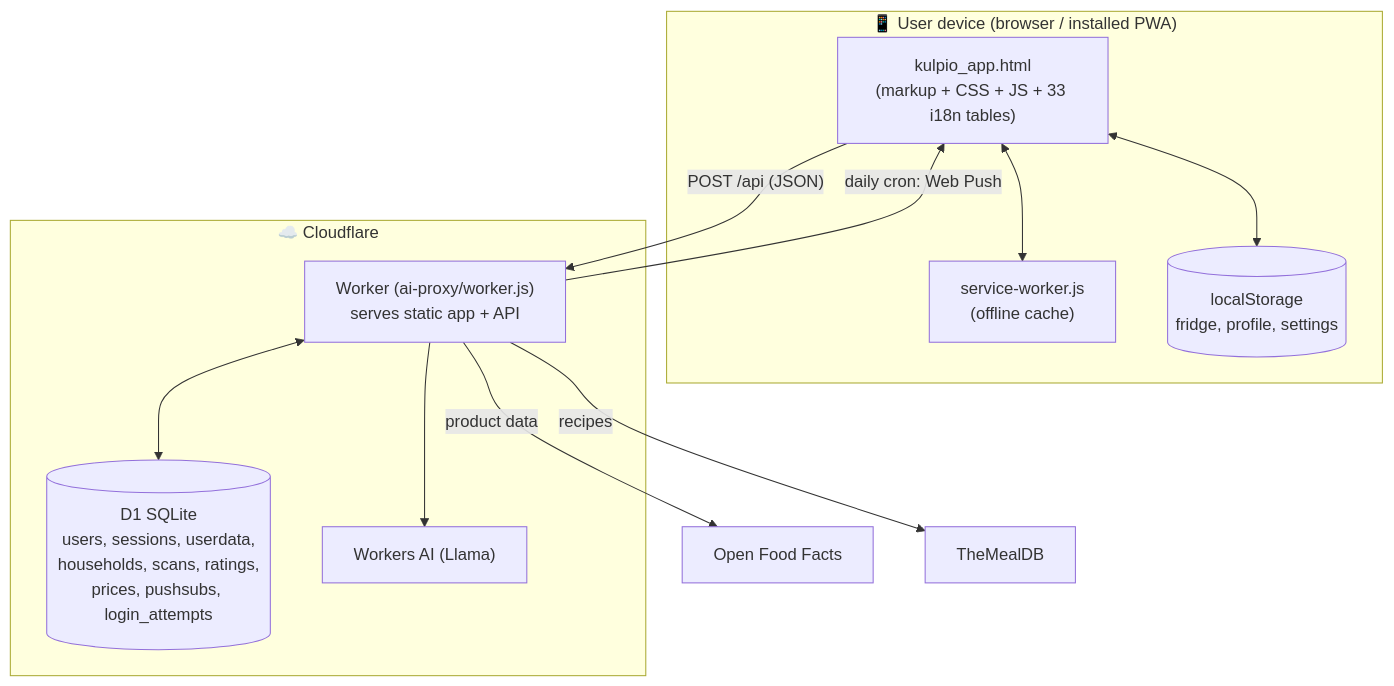
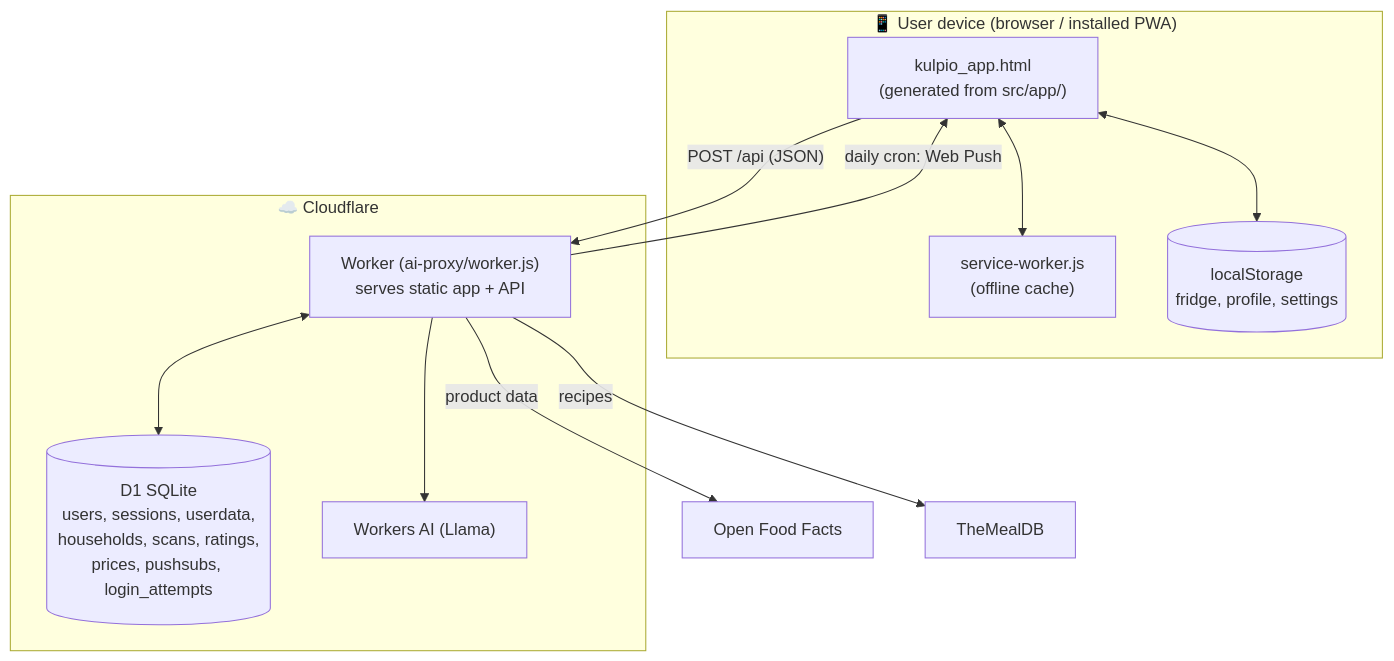
The first of 3 diagrams in docs/ARCHITECTURE.md (Gugster777/kulpio), drawn with Mermaid before and after one commit. The commit also changed other lines of this file and 25 other files, not shown here.

````diff
--- a/docs/ARCHITECTURE.md
+++ b/docs/ARCHITECTURE.md
@@ -8,24 +9,24 @@
 ```mermaid
 flowchart TB
   subgraph Device["📱 User device (browser / installed PWA)"]
-    APP["kulpio_app.html<br/>(markup + CSS + JS + 33 i18n tables)"]
+    APP["kulpio_app.html<br/>(generated from src/app/)"]
     SW["service-worker.js<br/>(offline cache)"]
     LS[("localStorage<br/>fridge, profile, settings")]
     APP <--> LS
     APP <--> SW
   end
 
   subgraph CF["☁️ Cloudflare"]
     W["Worker (ai-proxy/worker.js)<br/>serves static app + API"]
     D1[("D1 SQLite<br/>users, sessions, userdata,<br/>households, scans, ratings,<br/>prices, pushsubs, login_attempts")]
     AI["Workers AI (Llama)"]
     W <--> D1
     W --> AI
   end
 
   APP -- "POST /api (JSON)" --> W
 
   W -- "product data" --> OFF["Open Food Facts"]
   W -- "recipes" --> MEAL["TheMealDB"]
   W -- "daily cron: Web Push" --> APP
 ```
````
